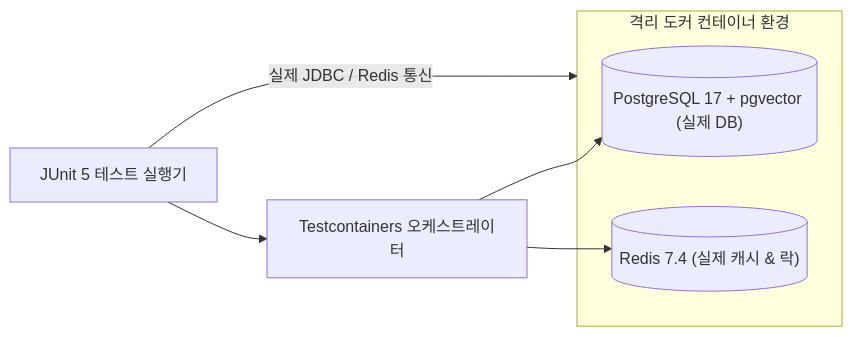
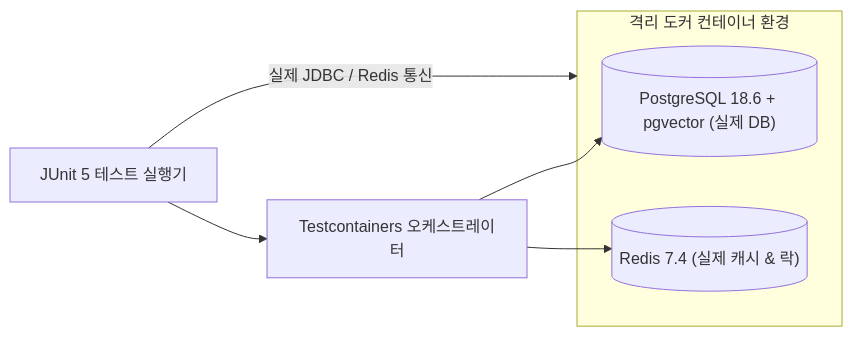
One commit to DramaticCollaboration/doc.github.io changed the diagram in ko/sdk/zero-mock-testing.md. Above: the diagram before and after it, drawn with Mermaid. The commit also changed other lines of this file and 437 other files, not shown here.

````diff
--- a/ko/sdk/zero-mock-testing.md
+++ b/ko/sdk/zero-mock-testing.md
@@ -27,12 +27,12 @@
 ```mermaid
 flowchart LR
     JUnit["JUnit 5 테스트 실행기"] --> Testcontainers["Testcontainers 오케스트레이터"]
     
     subgraph IsolatedEnv ["격리 도커 컨테이너 환경"]
-        PG[("PostgreSQL 17 + pgvector (실제 DB)")]
+        PG[("PostgreSQL 18.6 + pgvector (실제 DB)")]
         Redis[("Redis 7.4 (실제 캐시 & 락)")]
     end
     
     Testcontainers --> PG & Redis
     JUnit --> |실제 JDBC / Redis 통신| IsolatedEnv
 ```
````
